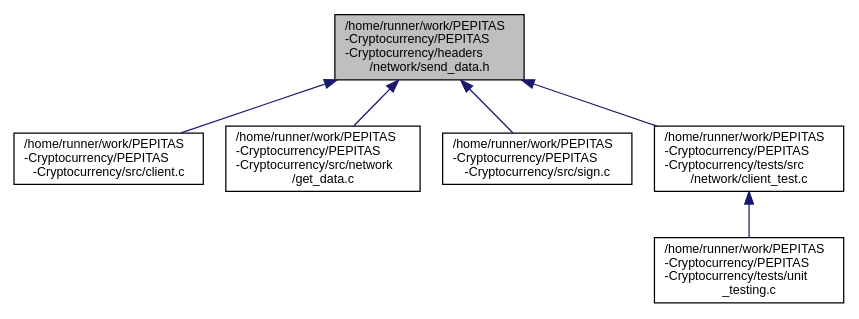
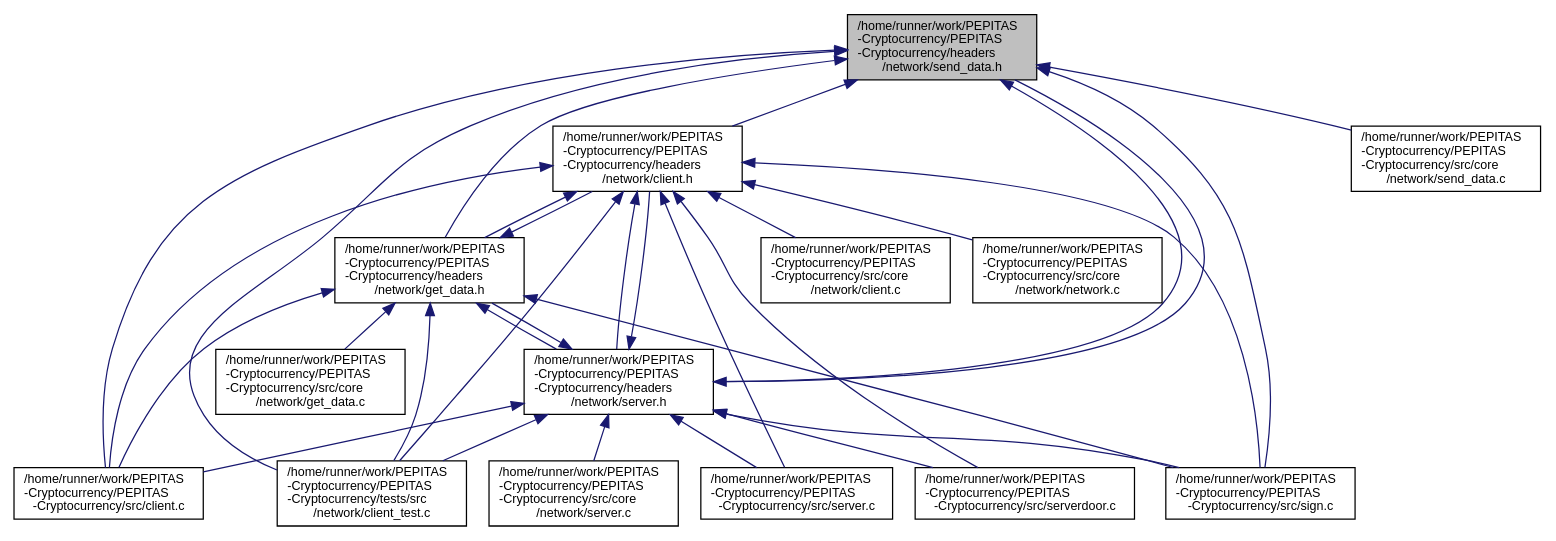
Before and after one commit to nathan-rabet/PEPITAS-Cryptocurrency: the diagram in docs/documentation/send__data_8h__dep__incl.dot, drawn with Graphviz. The commit also changed 1202 other files, not shown here.

```diff
--- a/docs/documentation/send__data_8h__dep__incl.dot
+++ b/docs/documentation/send__data_8h__dep__incl.dot
@@ -1,17 +1,51 @@
 digraph "/home/runner/work/PEPITAS-Cryptocurrency/PEPITAS-Cryptocurrency/headers/network/send_data.h"
 {
  // LATEX_PDF_SIZE
   edge [fontname="Helvetica",fontsize="10",labelfontname="Helvetica",labelfontsize="10"];
   node [fontname="Helvetica",fontsize="10",shape=record];
   Node1 [label="/home/runner/work/PEPITAS\l-Cryptocurrency/PEPITAS\l-Cryptocurrency/headers\l/network/send_data.h",height=0.2,width=0.4,color="black", fillcolor="grey75", style="filled", fontcolor="black",tooltip=" "];
   Node1 -> Node2 [dir="back",color="midnightblue",fontsize="10",style="solid",fontname="Helvetica"];
-  Node2 [label="/home/runner/work/PEPITAS\l-Cryptocurrency/PEPITAS\l-Cryptocurrency/src/client.c",height=0.2,width=0.4,color="black", fillcolor="white", style="filled",URL="$client_8c.html",tooltip=" "];
+  Node2 [label="/home/runner/work/PEPITAS\l-Cryptocurrency/PEPITAS\l-Cryptocurrency/headers\l/network/client.h",height=0.2,width=0.4,color="black", fillcolor="white", style="filled",URL="$client_8h.html",tooltip=" "];
+  Node2 -> Node3 [dir="back",color="midnightblue",fontsize="10",style="solid",fontname="Helvetica"];
+  Node3 [label="/home/runner/work/PEPITAS\l-Cryptocurrency/PEPITAS\l-Cryptocurrency/headers\l/network/get_data.h",height=0.2,width=0.4,color="black", fillcolor="white", style="filled",URL="$get__data_8h.html",tooltip=" "];
+  Node3 -> Node2 [dir="back",color="midnightblue",fontsize="10",style="solid",fontname="Helvetica"];
+  Node3 -> Node4 [dir="back",color="midnightblue",fontsize="10",style="solid",fontname="Helvetica"];
+  Node4 [label="/home/runner/work/PEPITAS\l-Cryptocurrency/PEPITAS\l-Cryptocurrency/headers\l/network/server.h",height=0.2,width=0.4,color="black", fillcolor="white", style="filled",URL="$server_8h.html",tooltip=" "];
+  Node4 -> Node2 [dir="back",color="midnightblue",fontsize="10",style="solid",fontname="Helvetica"];
+  Node4 -> Node3 [dir="back",color="midnightblue",fontsize="10",style="solid",fontname="Helvetica"];
+  Node4 -> Node1 [dir="back",color="midnightblue",fontsize="10",style="solid",fontname="Helvetica"];
+  Node4 -> Node5 [dir="back",color="midnightblue",fontsize="10",style="solid",fontname="Helvetica"];
+  Node5 [label="/home/runner/work/PEPITAS\l-Cryptocurrency/PEPITAS\l-Cryptocurrency/src/client.c",height=0.2,width=0.4,color="black", fillcolor="white", style="filled",URL="$client_8c.html",tooltip=" "];
+  Node4 -> Node6 [dir="back",color="midnightblue",fontsize="10",style="solid",fontname="Helvetica"];
+  Node6 [label="/home/runner/work/PEPITAS\l-Cryptocurrency/PEPITAS\l-Cryptocurrency/src/core\l/network/server.c",height=0.2,width=0.4,color="black", fillcolor="white", style="filled",URL="$core_2network_2server_8c.html",tooltip=" "];
+  Node4 -> Node7 [dir="back",color="midnightblue",fontsize="10",style="solid",fontname="Helvetica"];
+  Node7 [label="/home/runner/work/PEPITAS\l-Cryptocurrency/PEPITAS\l-Cryptocurrency/src/server.c",height=0.2,width=0.4,color="black", fillcolor="white", style="filled",URL="$server_8c.html",tooltip=" "];
+  Node4 -> Node8 [dir="back",color="midnightblue",fontsize="10",style="solid",fontname="Helvetica"];
+  Node8 [label="/home/runner/work/PEPITAS\l-Cryptocurrency/PEPITAS\l-Cryptocurrency/src/serverdoor.c",height=0.2,width=0.4,color="black", fillcolor="white", style="filled",URL="$serverdoor_8c.html",tooltip=" "];
+  Node4 -> Node9 [dir="back",color="midnightblue",fontsize="10",style="solid",fontname="Helvetica"];
+  Node9 [label="/home/runner/work/PEPITAS\l-Cryptocurrency/PEPITAS\l-Cryptocurrency/src/sign.c",height=0.2,width=0.4,color="black", fillcolor="white", style="filled",URL="$sign_8c.html",tooltip=" "];
+  Node4 -> Node10 [dir="back",color="midnightblue",fontsize="10",style="solid",fontname="Helvetica"];
+  Node10 [label="/home/runner/work/PEPITAS\l-Cryptocurrency/PEPITAS\l-Cryptocurrency/tests/src\l/network/client_test.c",height=0.2,width=0.4,color="black", fillcolor="white", style="filled",URL="$client__test_8c.html",tooltip=" "];
+  Node3 -> Node5 [dir="back",color="midnightblue",fontsize="10",style="solid",fontname="Helvetica"];
+  Node3 -> Node11 [dir="back",color="midnightblue",fontsize="10",style="solid",fontname="Helvetica"];
+  Node11 [label="/home/runner/work/PEPITAS\l-Cryptocurrency/PEPITAS\l-Cryptocurrency/src/core\l/network/get_data.c",height=0.2,width=0.4,color="black", fillcolor="white", style="filled",URL="$get__data_8c.html",tooltip=" "];
+  Node3 -> Node9 [dir="back",color="midnightblue",fontsize="10",style="solid",fontname="Helvetica"];
+  Node3 -> Node10 [dir="back",color="midnightblue",fontsize="10",style="solid",fontname="Helvetica"];
+  Node2 -> Node4 [dir="back",color="midnightblue",fontsize="10",style="solid",fontname="Helvetica"];
+  Node2 -> Node5 [dir="back",color="midnightblue",fontsize="10",style="solid",fontname="Helvetica"];
+  Node2 -> Node12 [dir="back",color="midnightblue",fontsize="10",style="solid",fontname="Helvetica"];
+  Node12 [label="/home/runner/work/PEPITAS\l-Cryptocurrency/PEPITAS\l-Cryptocurrency/src/core\l/network/client.c",height=0.2,width=0.4,color="black", fillcolor="white", style="filled",URL="$core_2network_2client_8c.html",tooltip=" "];
+  Node2 -> Node13 [dir="back",color="midnightblue",fontsize="10",style="solid",fontname="Helvetica"];
+  Node13 [label="/home/runner/work/PEPITAS\l-Cryptocurrency/PEPITAS\l-Cryptocurrency/src/core\l/network/network.c",height=0.2,width=0.4,color="black", fillcolor="white", style="filled",URL="$network_8c.html",tooltip=" "];
+  Node2 -> Node7 [dir="back",color="midnightblue",fontsize="10",style="solid",fontname="Helvetica"];
+  Node2 -> Node8 [dir="back",color="midnightblue",fontsize="10",style="solid",fontname="Helvetica"];
+  Node2 -> Node9 [dir="back",color="midnightblue",fontsize="10",style="solid",fontname="Helvetica"];
+  Node2 -> Node10 [dir="back",color="midnightblue",fontsize="10",style="solid",fontname="Helvetica"];
   Node1 -> Node3 [dir="back",color="midnightblue",fontsize="10",style="solid",fontname="Helvetica"];
-  Node3 [label="/home/runner/work/PEPITAS\l-Cryptocurrency/PEPITAS\l-Cryptocurrency/src/network\l/get_data.c",height=0.2,width=0.4,color="black", fillcolor="white", style="filled",URL="$get__data_8c.html",tooltip=" "];
   Node1 -> Node4 [dir="back",color="midnightblue",fontsize="10",style="solid",fontname="Helvetica"];
-  Node4 [label="/home/runner/work/PEPITAS\l-Cryptocurrency/PEPITAS\l-Cryptocurrency/src/sign.c",height=0.2,width=0.4,color="black", fillcolor="white", style="filled",URL="$sign_8c.html",tooltip=" "];
   Node1 -> Node5 [dir="back",color="midnightblue",fontsize="10",style="solid",fontname="Helvetica"];
-  Node5 [label="/home/runner/work/PEPITAS\l-Cryptocurrency/PEPITAS\l-Cryptocurrency/tests/src\l/network/client_test.c",height=0.2,width=0.4,color="black", fillcolor="white", style="filled",URL="$client__test_8c.html",tooltip=" "];
-  Node5 -> Node6 [dir="back",color="midnightblue",fontsize="10",style="solid",fontname="Helvetica"];
-  Node6 [label="/home/runner/work/PEPITAS\l-Cryptocurrency/PEPITAS\l-Cryptocurrency/tests/unit\l_testing.c",height=0.2,width=0.4,color="black", fillcolor="white", style="filled",URL="$unit__testing_8c.html",tooltip=" "];
+  Node1 -> Node14 [dir="back",color="midnightblue",fontsize="10",style="solid",fontname="Helvetica"];
+  Node14 [label="/home/runner/work/PEPITAS\l-Cryptocurrency/PEPITAS\l-Cryptocurrency/src/core\l/network/send_data.c",height=0.2,width=0.4,color="black", fillcolor="white", style="filled",URL="$send__data_8c.html",tooltip=" "];
+  Node1 -> Node9 [dir="back",color="midnightblue",fontsize="10",style="solid",fontname="Helvetica"];
+  Node1 -> Node10 [dir="back",color="midnightblue",fontsize="10",style="solid",fontname="Helvetica"];
 }
```
